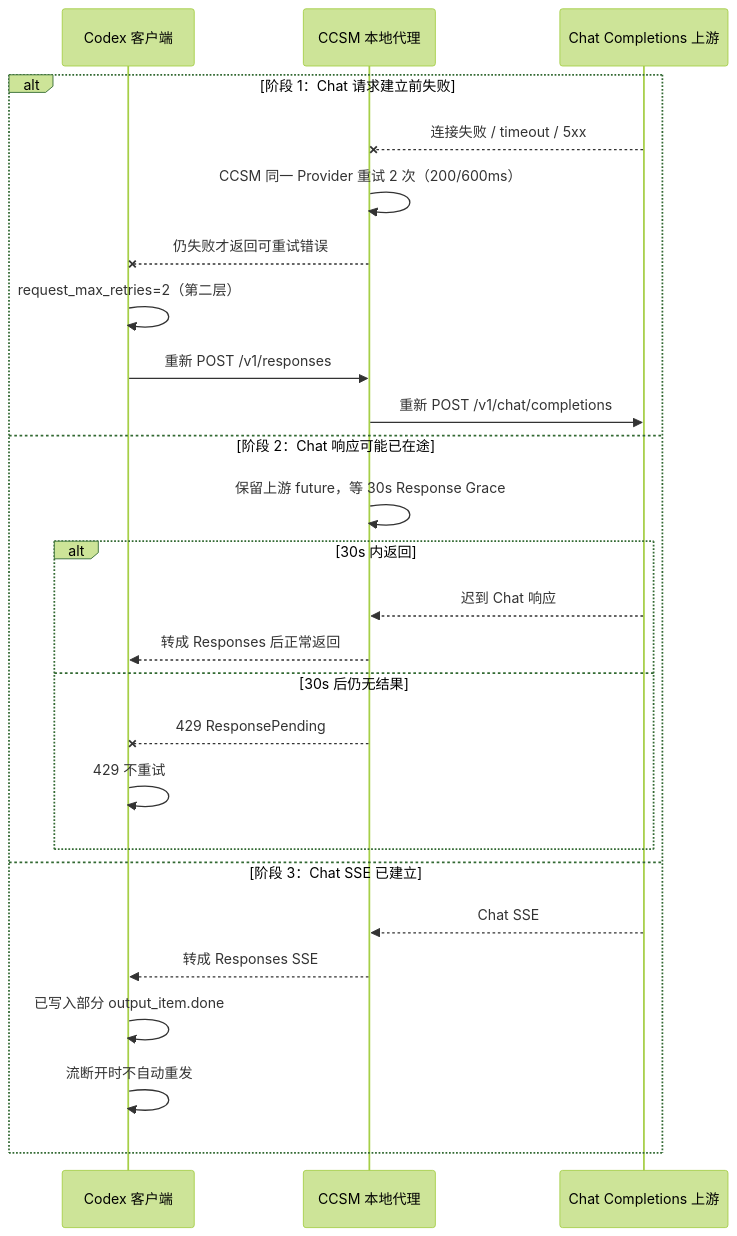
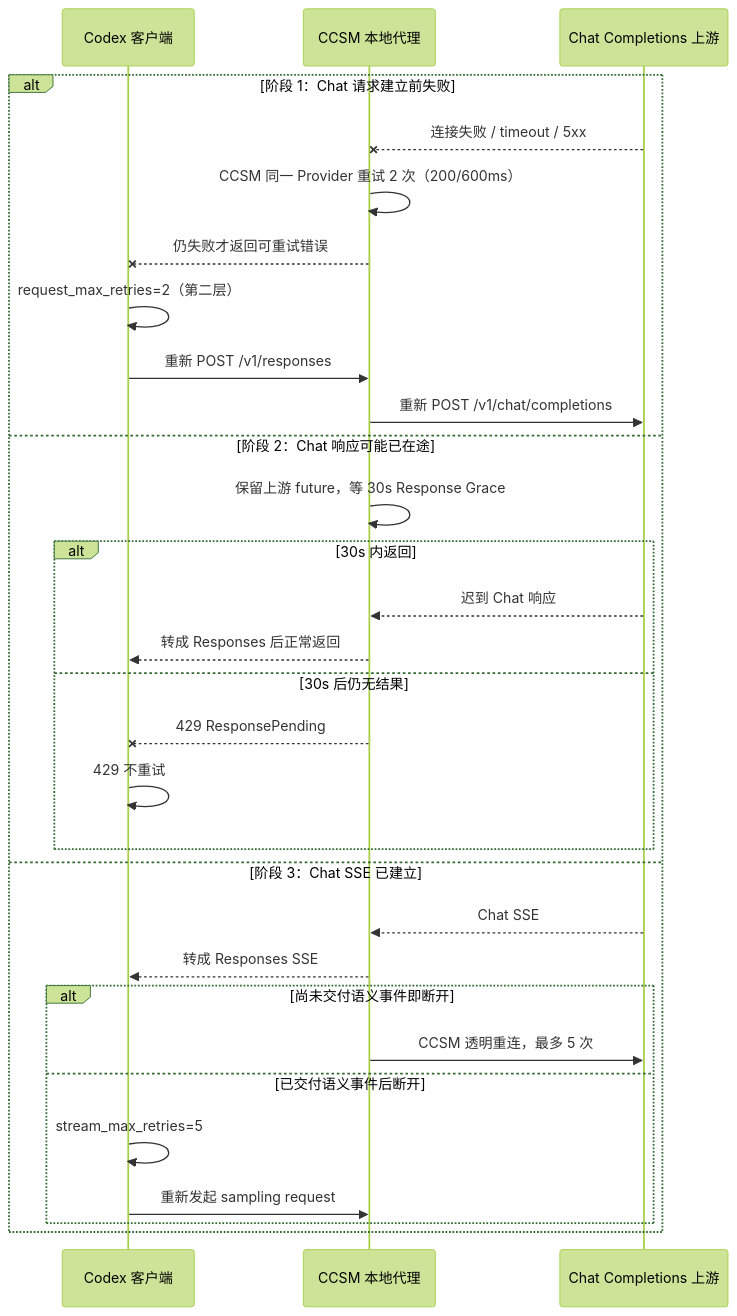
The fourth of 4 diagrams in docs/guides/codex-reconnect-mechanism-zh.md (BigStrongSun/ccswitchmulti), drawn with Mermaid (forest theme) before and after one commit. The commit also changed other lines of this file and 2 other files, not shown here.

````diff
--- a/docs/guides/codex-reconnect-mechanism-zh.md
+++ b/docs/guides/codex-reconnect-mechanism-zh.md
@@ -124,29 +127,33 @@
 ```mermaid
 sequenceDiagram
     participant C as Codex 客户端
     participant P as CCSM 本地代理
     participant A as Chat Completions 上游
 
     alt 阶段 1：Chat 请求建立前失败
         A--xP: 连接失败 / timeout / 5xx
         P->>P: CCSM 同一 Provider 重试 2 次（200/600ms）
         P--xC: 仍失败才返回可重试错误
         C->>C: request_max_retries=2（第二层）
         C->>P: 重新 POST /v1/responses
         P->>A: 重新 POST /v1/chat/completions
     else 阶段 2：Chat 响应可能已在途
         P->>P: 保留上游 future，等 30s Response Grace
         alt 30s 内返回
             A-->>P: 迟到 Chat 响应
             P-->>C: 转成 Responses 后正常返回
         else 30s 后仍无结果
             P--xC: 429 ResponsePending
             C->>C: 429 不重试
         end
     else 阶段 3：Chat SSE 已建立
         A-->>P: Chat SSE
         P-->>C: 转成 Responses SSE
-        C->>C: 已写入部分 output_item.done
-        C->>C: 流断开时不自动重发
+        alt 尚未交付语义事件即断开
+            P->>A: CCSM 透明重连，最多 5 次
+        else 已交付语义事件后断开
+            C->>C: stream_max_retries=5
+            C->>P: 重新发起 sampling request
+        end
     end
 ```
````
